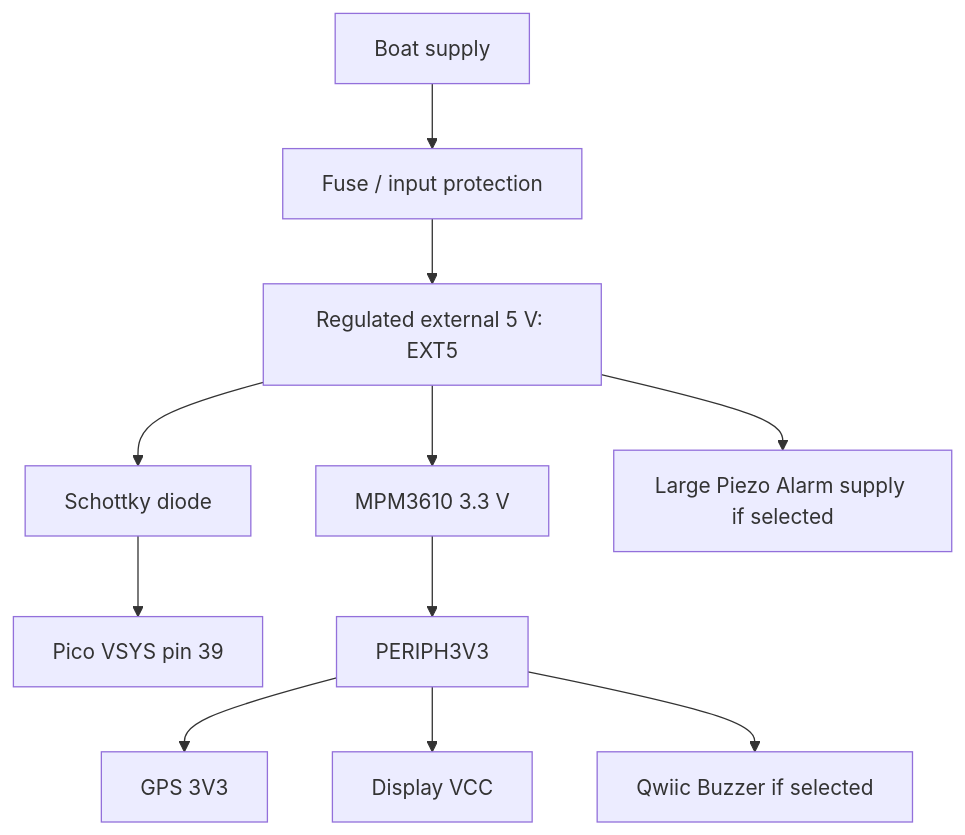
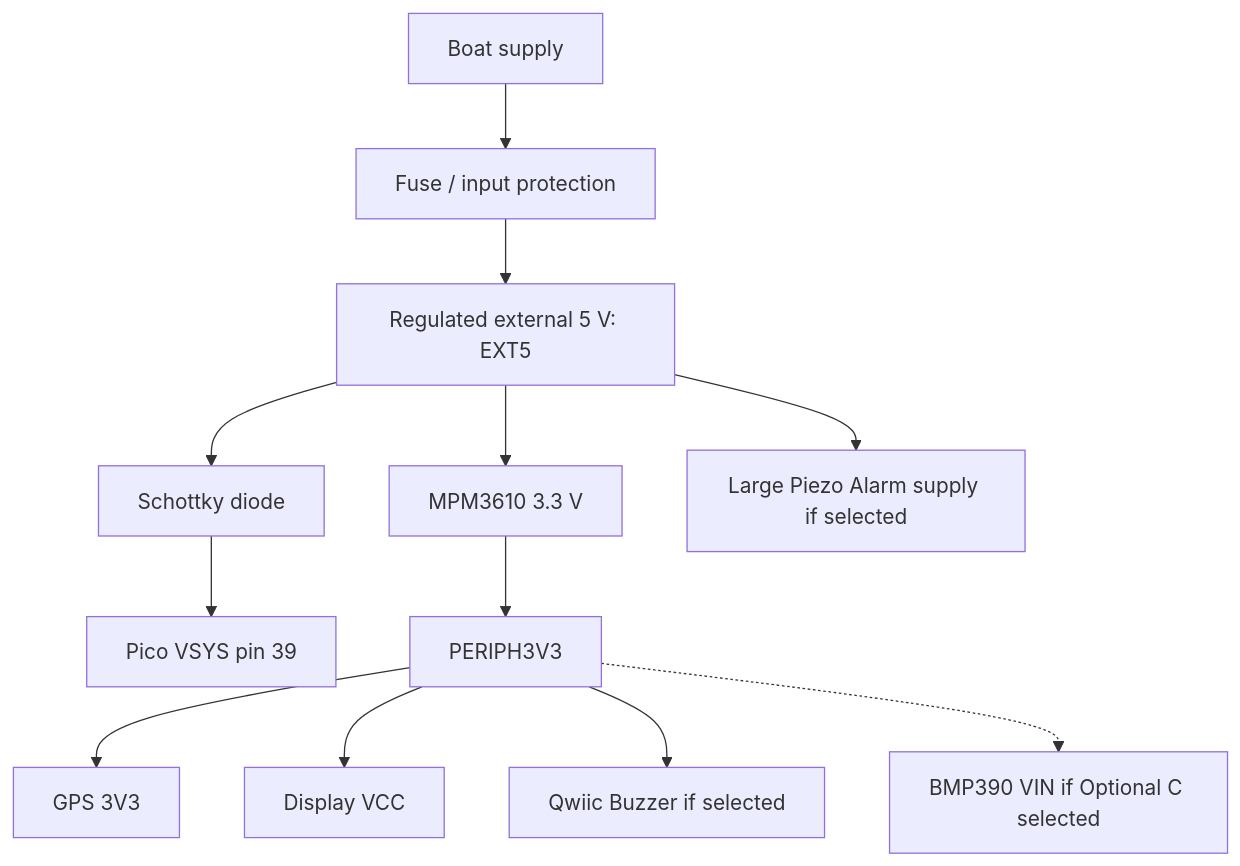
The fifth of 5 diagrams in docs/pico_2_w_anchor_alarm_build_guide_v2.md (frye/moorpheus), drawn with Mermaid before and after one commit. The commit also changed other lines of this file and 4 other files, not shown here.

First line of the commit message:
Document optional BMP390 for offline pressure and temperature trends

````diff
--- a/docs/pico_2_w_anchor_alarm_build_guide_v2.md
+++ b/docs/pico_2_w_anchor_alarm_build_guide_v2.md
@@ -432,13 +453,14 @@
 ```mermaid
 flowchart TD
     BOAT["Boat supply"] --> F["Fuse / input protection"]
     F --> REG["Regulated external 5 V: EXT5"]
     REG --> D["Schottky diode"]
     D --> P["Pico VSYS pin 39"]
     REG --> BUCK["MPM3610 3.3 V"]
     BUCK --> P3["PERIPH3V3"]
     P3 --> GPS["GPS 3V3"]
     P3 --> EPD["Display VCC"]
     P3 --> QB["Qwiic Buzzer if selected"]
+    P3 -.-> WEATHER["BMP390 VIN if Optional C selected"]
     REG --> ALT["Large Piezo Alarm supply if selected"]
 ```
````
